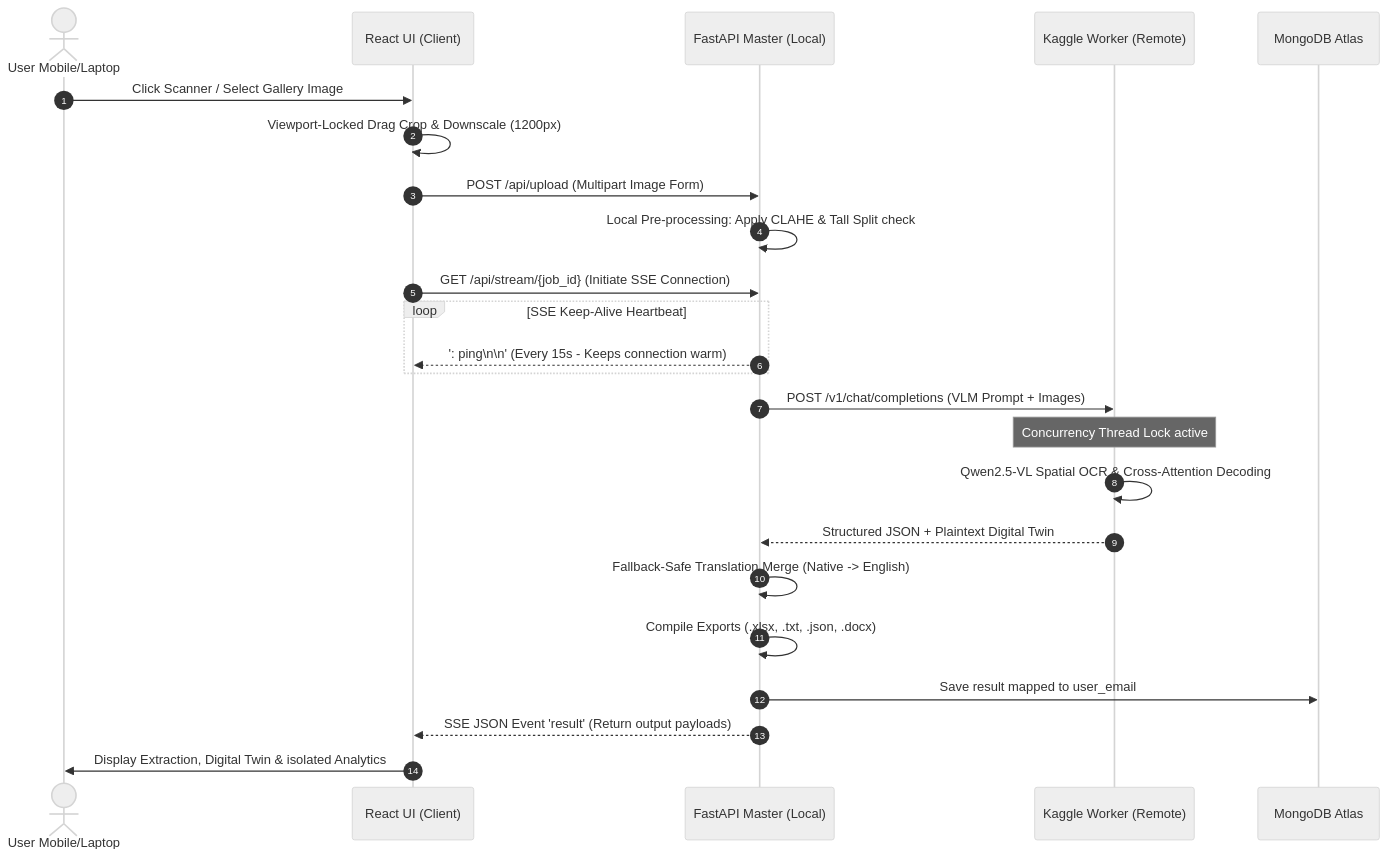
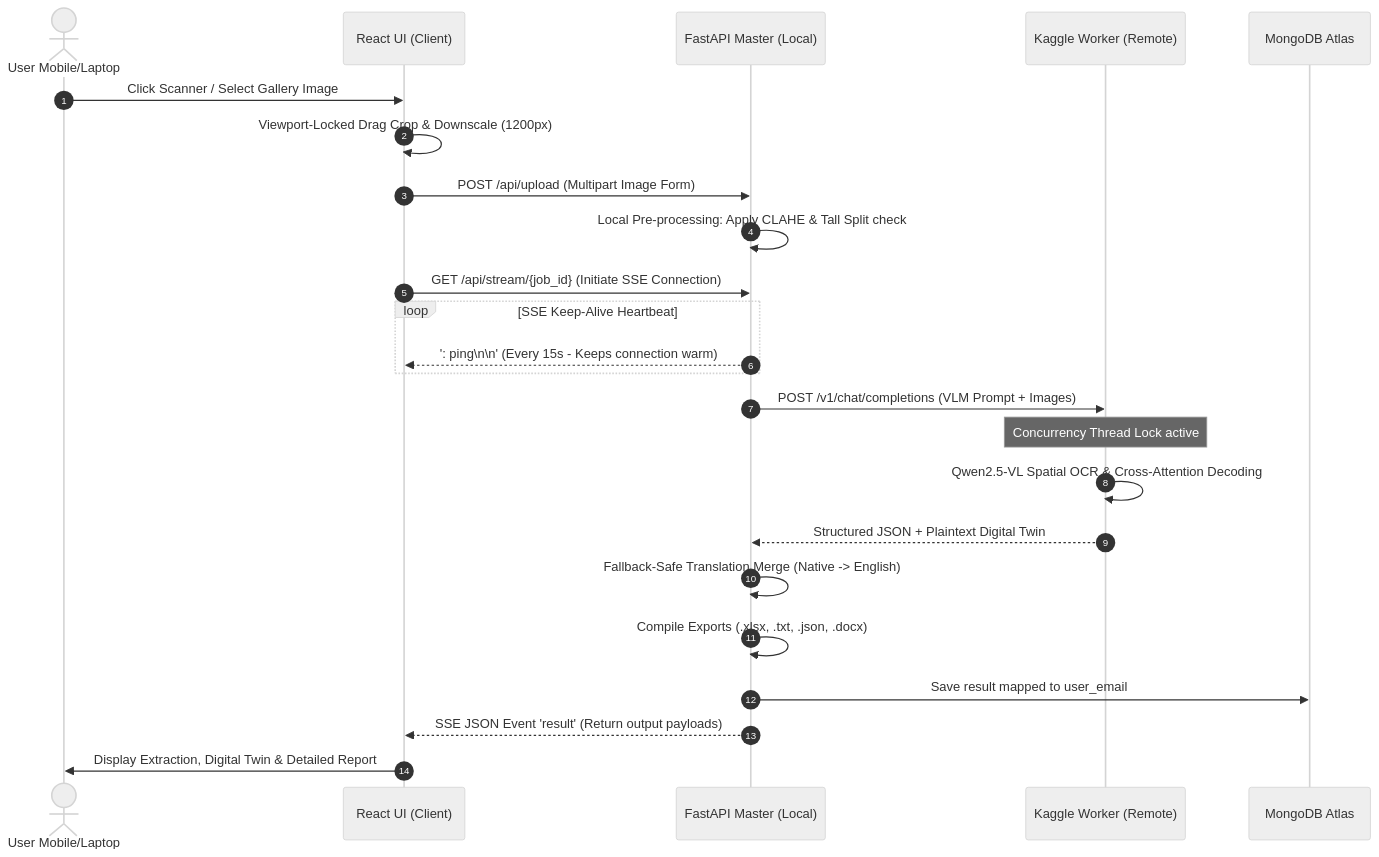
One commit to SriganthVaratharaj/Final-Sem-Proj-Updated changed the second of 2 diagrams in PROJECT_FLOW.md. Above: the diagram before and after it, drawn with Mermaid (neutral theme). The commit also changed other lines of this file and 2 other files, not shown here.

Commit message:
Align presentation explanations, project flow, and PPT maps with invoice-only VLM scope

````diff
--- a/PROJECT_FLOW.md
+++ b/PROJECT_FLOW.md
@@ -34,27 +34,27 @@
 ```mermaid
 sequenceDiagram
     autonumber
     actor User as User Mobile/Laptop
     participant Front as React UI (Client)
     participant Master as FastAPI Master (Local)
     participant Worker as Kaggle Worker (Remote)
     participant DB as MongoDB Atlas
 
     User->>Front: Click Scanner / Select Gallery Image
     Front->>Front: Viewport-Locked Drag Crop & Downscale (1200px)
     Front->>Master: POST /api/upload (Multipart Image Form)
     Master->>Master: Local Pre-processing: Apply CLAHE & Tall Split check
     Front->>Master: GET /api/stream/{job_id} (Initiate SSE Connection)
     loop SSE Keep-Alive Heartbeat
         Master-->>Front: ': ping\n\n' (Every 15s - Keeps connection warm)
     end
     Master->>Worker: POST /v1/chat/completions (VLM Prompt + Images)
     Note over Worker: Concurrency Thread Lock active
     Worker->>Worker: Qwen2.5-VL Spatial OCR & Cross-Attention Decoding
     Worker-->>Master: Structured JSON + Plaintext Digital Twin
     Master->>Master: Fallback-Safe Translation Merge (Native -> English)
     Master->>Master: Compile Exports (.xlsx, .txt, .json, .docx)
     Master->>DB: Save result mapped to user_email
     Master-->>Front: SSE JSON Event 'result' (Return output payloads)
-    Front->>User: Display Extraction, Digital Twin & isolated Analytics
+    Front->>User: Display Extraction, Digital Twin & Detailed Report
 ```
````
